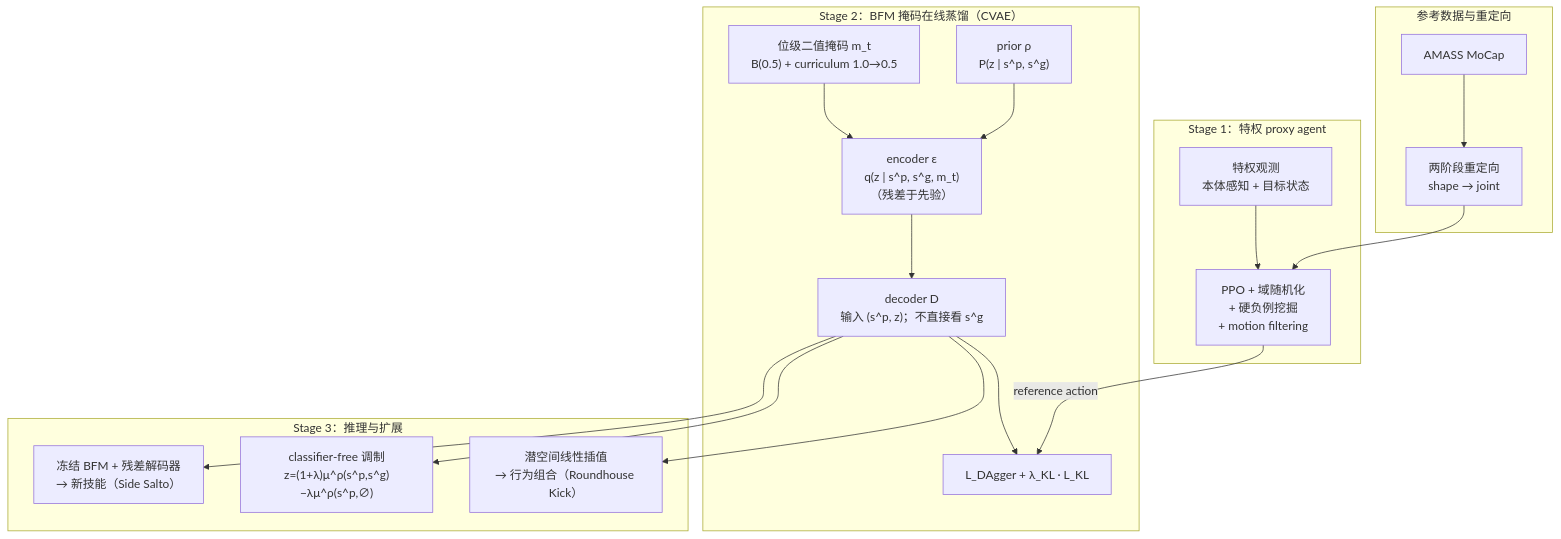
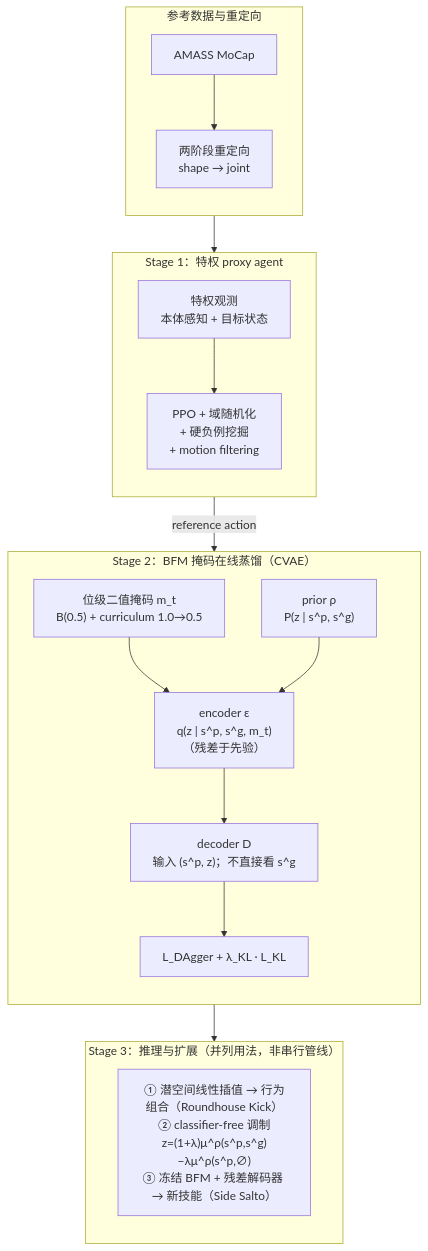
One commit to ImChong/Robotics_Notebooks changed the diagram in wiki/entities/paper-behavior-foundation-model-humanoid.md. Above: the diagram before and after it, drawn with Mermaid. The commit also changed 6 other files, not shown here.

Commit message:
fix(docs): 详情页 Mermaid 字号与 BFM 流程图纵向收窄布局

````diff
--- a/wiki/entities/paper-behavior-foundation-model-humanoid.md
+++ b/wiki/entities/paper-behavior-foundation-model-humanoid.md
@@ -42,34 +42,34 @@
 ```mermaid
 flowchart TB
   subgraph data [参考数据与重定向]
+    direction TB
     am["AMASS MoCap"]
     rt["两阶段重定向\nshape → joint"]
     am --> rt
   end
   subgraph proxy [Stage 1：特权 proxy agent]
+    direction TB
     obs["特权观测\n本体感知 + 目标状态"]
     ppo["PPO + 域随机化\n+ 硬负例挖掘\n+ motion filtering"]
     obs --> ppo
   end
   subgraph bfm [Stage 2：BFM 掩码在线蒸馏（CVAE）]
+    direction TB
     mask["位级二值掩码 m_t\nB(0.5) + curriculum 1.0→0.5"]
     prior["prior ρ\nP(z | s^p, s^g)"]
     enc["encoder ε\nq(z | s^p, s^g, m_t)\n（残差于先验）"]
     dec["decoder D\n输入 (s^p, z)；不直接看 s^g"]
     loss["L_DAgger + λ_KL · L_KL"]
     mask --> enc
     prior --> enc
     enc --> dec
     dec --> loss
   end
-  subgraph use [Stage 3：推理与扩展]
-    interp["潜空间线性插值\n→ 行为组合（Roundhouse Kick）"]
-    cfg["classifier-free 调制\nz=(1+λ)μ^ρ(s^p,s^g)−λμ^ρ(s^p,∅)"]
-    resid["冻结 BFM + 残差解码器\n→ 新技能（Side Salto）"]
+  subgraph use [Stage 3：推理与扩展（并列用法，非串行管线）]
+    direction TB
+    useblk["① 潜空间线性插值 → 行为组合（Roundhouse Kick）\n② classifier-free 调制\nz=(1+λ)μ^ρ(s^p,s^g)−λμ^ρ(s^p,∅)\n③ 冻结 BFM + 残差解码器 → 新技能（Side Salto）"]
   end
   rt --> ppo
   ppo -->|"reference action"| loss
-  dec --> interp
-  dec --> cfg
-  dec --> resid
+  dec --> useblk
 ```
````
